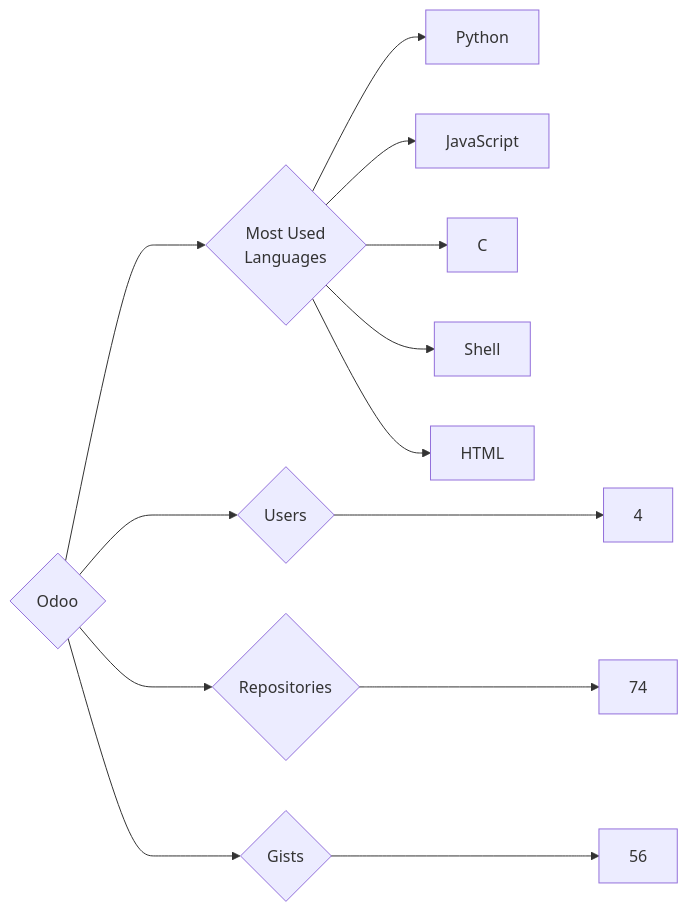
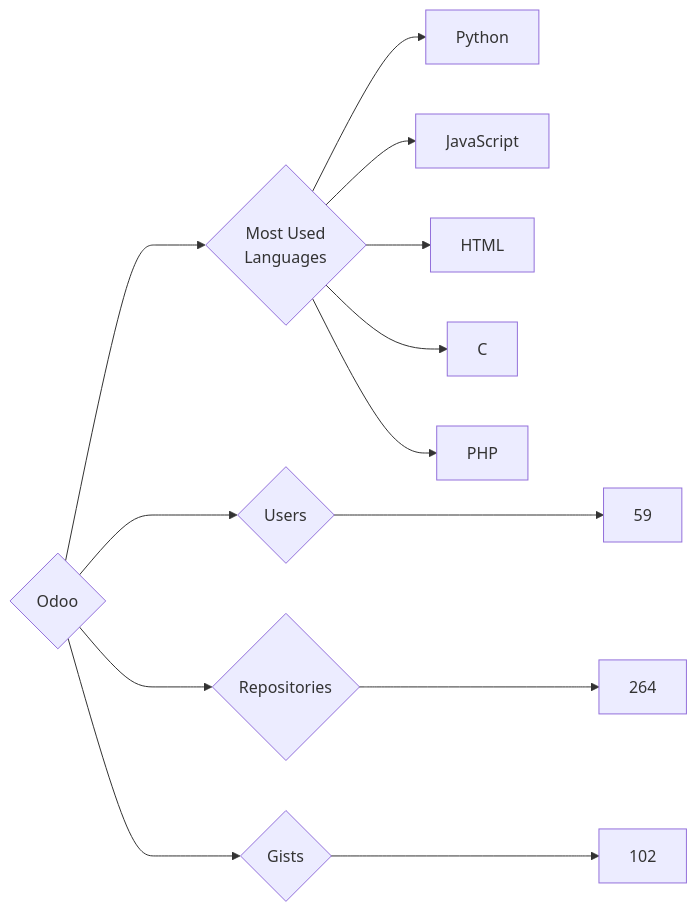
The diagram in targets/Odoo/README.md (trickest/insiders), drawn with Mermaid before and after one commit. The commit also changed 878 other files, not shown here.

````diff
--- a/targets/Odoo/README.md
+++ b/targets/Odoo/README.md
@@ -3,13 +3,13 @@
 ```mermaid
 graph LR
 COMPANY_NAME{Odoo}
-COMPANY_NAME ---> U{Users} ---> UN[4]
-COMPANY_NAME ---> R{Repositories} ---> RN[74]
-COMPANY_NAME ---> G{Gists} ---> GN[56]
+COMPANY_NAME ---> U{Users} ---> UN[59]
+COMPANY_NAME ---> R{Repositories} ---> RN[264]
+COMPANY_NAME ---> G{Gists} ---> GN[102]
 COMPANY_NAME ---> ML{Most Used<br>Languages}
 ML --> Python[Python]
 ML --> JavaScript[JavaScript]
+ML --> HTML[HTML]
 ML --> C[C]
-ML --> Shell[Shell]
-ML --> HTML[HTML]
+ML --> PHP[PHP]
 ```
````
